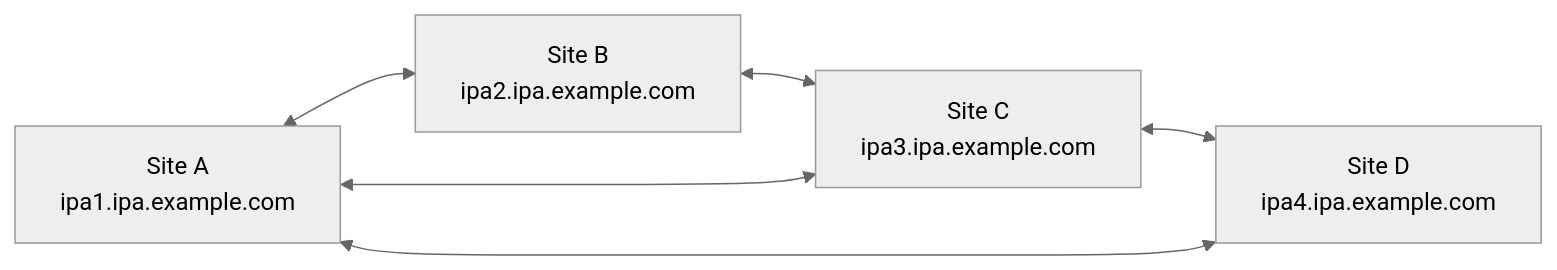
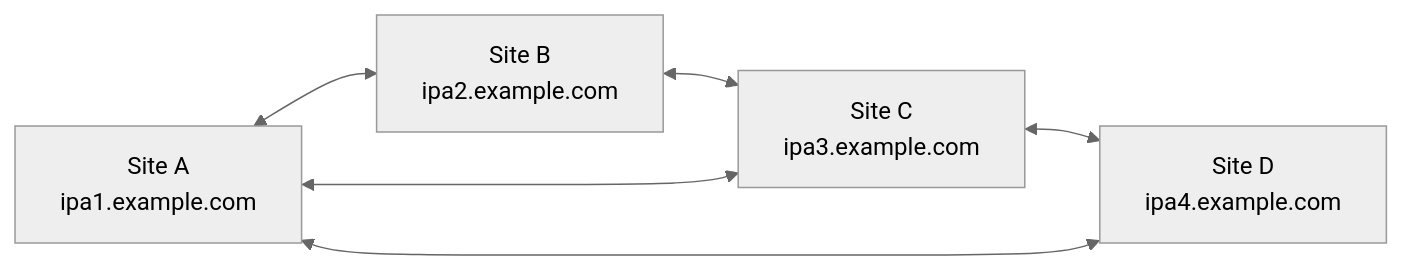
Before and after one commit to UncleJS/course_FreeIPA: the fifth of 15 diagrams in 12_replication_topology.md, drawn with Mermaid (neutral theme). The commit also changed other lines of this file and 22 other files, not shown here.

````diff
--- a/12_replication_topology.md
+++ b/12_replication_topology.md
@@ -110,13 +110,13 @@
 ```mermaid
 graph LR
-    R1["Site A<br/>ipa1.ipa.example.com"]
-    R2["Site B<br/>ipa2.ipa.example.com"]
-    R3["Site C<br/>ipa3.ipa.example.com"]
-    R4["Site D<br/>ipa4.ipa.example.com"]
+    R1["Site A<br/>ipa1.example.com"]
+    R2["Site B<br/>ipa2.example.com"]
+    R3["Site C<br/>ipa3.example.com"]
+    R4["Site D<br/>ipa4.example.com"]
 
     R1 <--> R2
     R2 <--> R3
     R3 <--> R4
     R4 <--> R1
     R1 <--> R3
 ```
````
